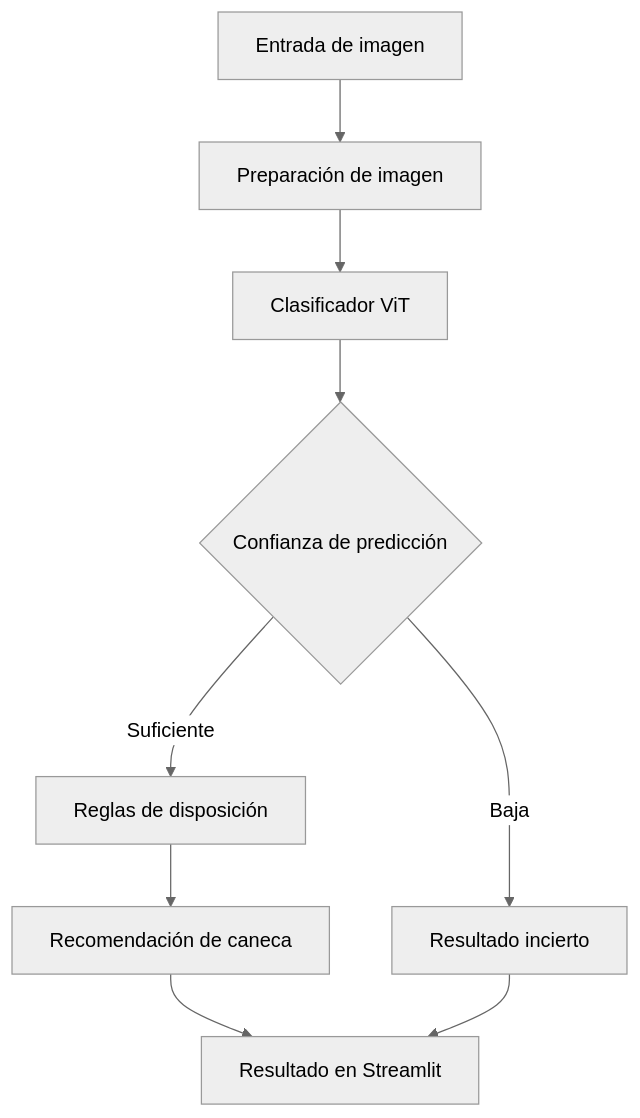
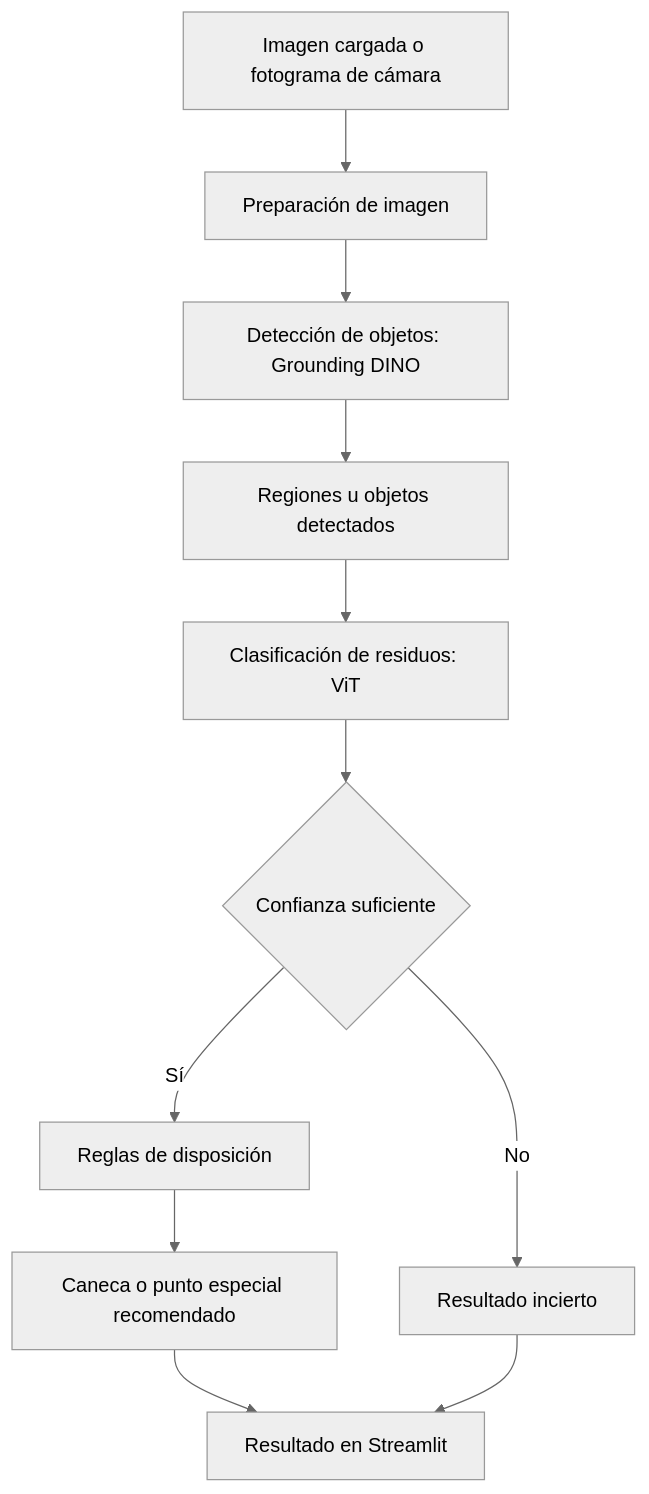
Before and after one commit to gjna2000/reciclador-residuos: the diagram in README.md, drawn with Mermaid (neutral theme). The commit also changed other lines of this file, not shown here.

````diff
--- a/README.md
+++ b/README.md
@@ -43,11 +47,13 @@
 ```mermaid
 flowchart TD
-    A[Entrada de imagen] --> B[Preparación de imagen]
-    B --> C[Clasificador ViT]
-    C --> D{Confianza de predicción}
-    D -->|Suficiente| E[Reglas de disposición]
-    D -->|Baja| F[Resultado incierto]
-    E --> G[Recomendación de caneca]
-    G --> H[Resultado en Streamlit]
-    F --> H
+    A[Imagen cargada o fotograma de cámara] --> B[Preparación de imagen]
+    B --> C[Detección de objetos: Grounding DINO]
+    C --> D[Regiones u objetos detectados]
+    D --> E[Clasificación de residuos: ViT]
+    E --> F{Confianza suficiente}
+    F -->|Sí| G[Reglas de disposición]
+    F -->|No| H[Resultado incierto]
+    G --> I[Caneca o punto especial recomendado]
+    I --> J[Resultado en Streamlit]
+    H --> J
 ```
````
